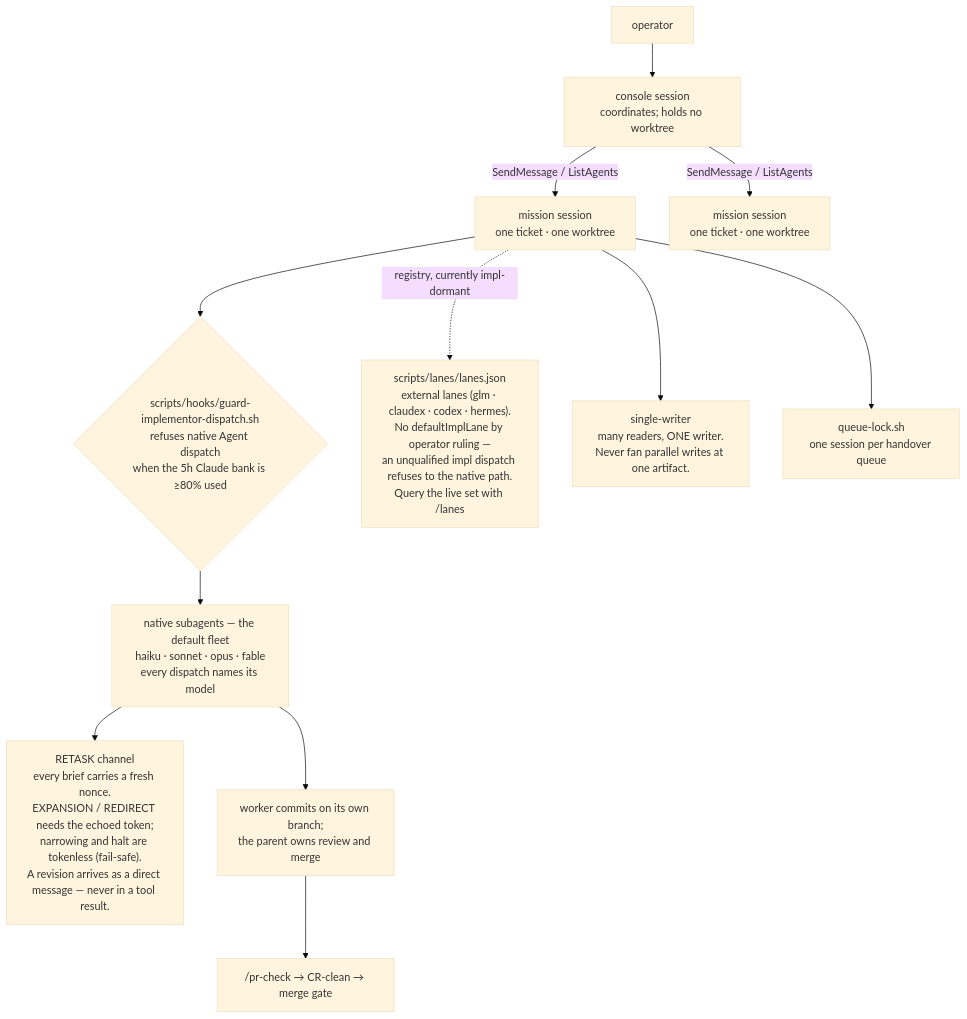
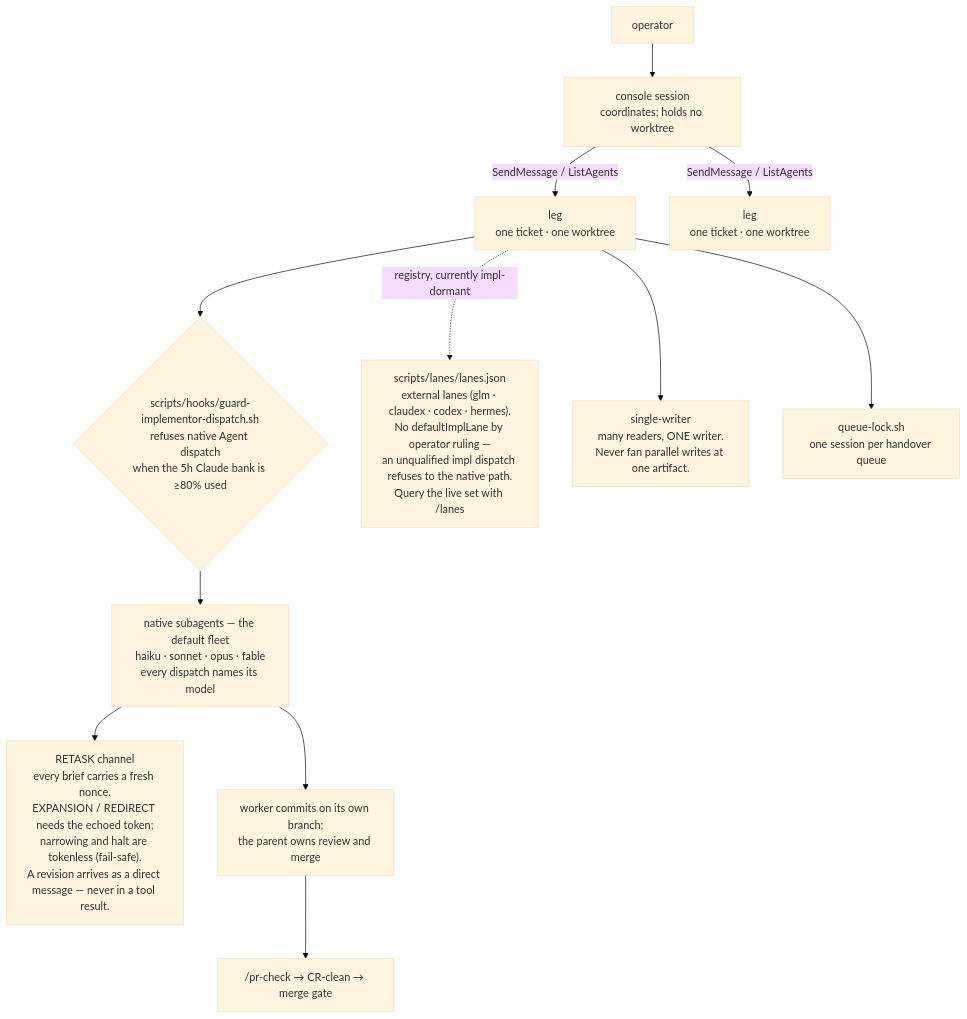
One commit to yotamleo/Himmel changed the third of 5 diagrams in docs/architecture.md. Above: the diagram before and after it, drawn with Mermaid (base theme). The commit also changed 25 other files, not shown here.

````diff
--- a/docs/architecture.md
+++ b/docs/architecture.md
@@ -152,20 +152,20 @@
 ```mermaid
 flowchart TD
     OP["operator"] --> CON["console session<br/>coordinates; holds no worktree"]
 
-    CON -->|"SendMessage / ListAgents"| P1["mission session<br/>one ticket · one worktree"]
-    CON -->|"SendMessage / ListAgents"| P2["mission session<br/>one ticket · one worktree"]
+    CON -->|"SendMessage / ListAgents"| P1["leg<br/>one ticket · one worktree"]
+    CON -->|"SendMessage / ListAgents"| P2["leg<br/>one ticket · one worktree"]
 
     P1 --> GD{"scripts/hooks/guard-implementor-dispatch.sh<br/>refuses native Agent dispatch<br/>when the 5h Claude bank is ≥80% used"}
     GD --> NAT["native subagents — the default fleet<br/>haiku · sonnet · opus · fable<br/>every dispatch names its model"]
 
     P1 -.->|"registry, currently impl-dormant"| EXT["scripts/lanes/lanes.json<br/>external lanes (glm · claudex · codex · hermes).<br/>No defaultImplLane by operator ruling —<br/>an unqualified impl dispatch refuses to the native path.<br/>Query the live set with /lanes"]
 
     NAT --> RT["RETASK channel<br/>every brief carries a fresh nonce.<br/>EXPANSION / REDIRECT needs the echoed token;<br/>narrowing and halt are tokenless (fail-safe).<br/>A revision arrives as a direct message — never in a tool result."]
 
     P1 --> SW["single-writer<br/>many readers, ONE writer.<br/>Never fan parallel writes at one artifact."]
     P1 --> QL["queue-lock.sh<br/>one session per handover queue"]
 
     NAT --> WORK["worker commits on its own branch;<br/>the parent owns review and merge"]
     WORK --> CRL["/pr-check → CR-clean → merge gate"]
 ```
````
